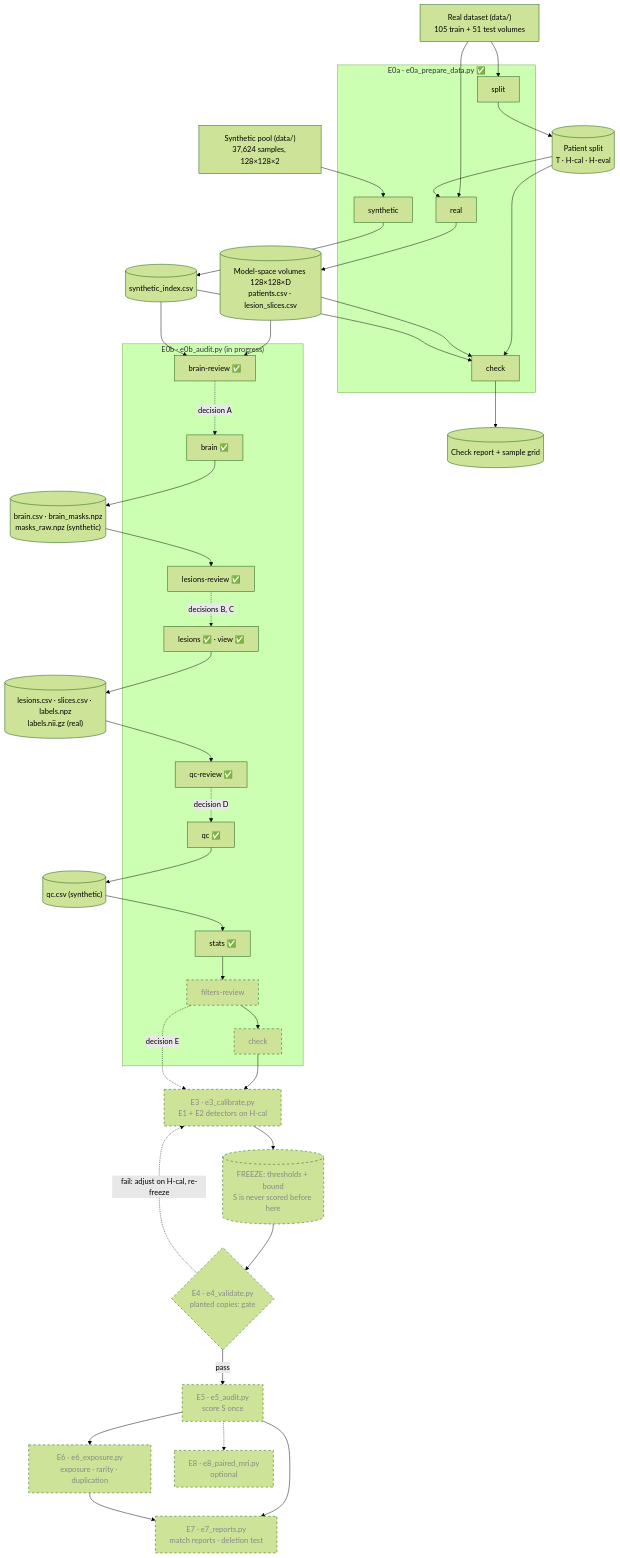
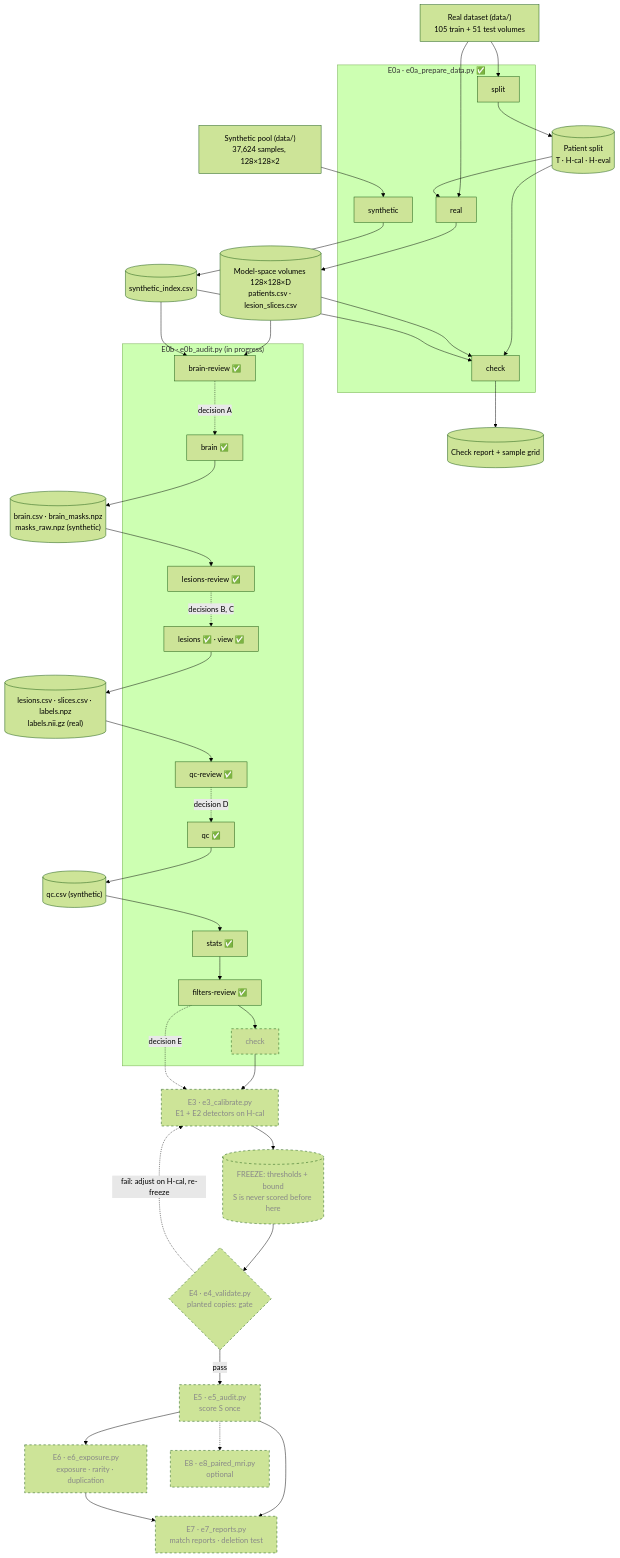
The first of 2 diagrams in docs/architecture.md (mattia3003/MT_project), drawn with Mermaid (forest theme) before and after one commit. The commit also changed other lines of this file and 11 other files, not shown here.

````diff
--- a/docs/architecture.md
+++ b/docs/architecture.md
@@ -24,63 +24,63 @@
 ```mermaid
 flowchart TD
     RAW["Real dataset (data/)<br/>105 train + 51 test volumes"]
     POOL["Synthetic pool (data/)<br/>37,624 samples, 128×128×2"]
 
     subgraph E0A["E0a · e0a_prepare_data.py ✅"]
         SPLIT["split"]
         REAL["real"]
         SYN["synthetic"]
         CHECK["check"]
     end
 
     SPLITCSV[("Patient split<br/>T · H-cal · H-eval")]
     VOLS[("Model-space volumes 128×128×D<br/>patients.csv · lesion_slices.csv")]
     INDEX[("synthetic_index.csv")]
     REPORT[("Check report + sample grid")]
 
     RAW --> SPLIT --> SPLITCSV
     RAW --> REAL
     SPLITCSV --> REAL --> VOLS
     POOL --> SYN --> INDEX
     SPLITCSV & VOLS & INDEX --> CHECK --> REPORT
 
     subgraph E0B["E0b · e0b_audit.py (in progress)"]
         BREV["brain-review ✅"]
         BRAIN["brain ✅"]
         LREV["lesions-review ✅"]
         LES["lesions ✅ · view ✅"]
         QREV["qc-review ✅"]
         QC["qc ✅"]
         STATS["stats ✅"]
-        FREV["filters-review"]:::planned
+        FREV["filters-review ✅"]
         ECHECK["check"]:::planned
     end
     BREV -.->|"decision A"| BRAIN
     BRAINOUT[("brain.csv · brain_masks.npz<br/>masks_raw.npz (synthetic)")]
     BRAIN --> BRAINOUT --> LREV
     LREV -.->|"decisions B, C"| LES
     LESOUT[("lesions.csv · slices.csv · labels.npz<br/>labels.nii.gz (real)")]
     LES --> LESOUT --> QREV
     QREV -.->|"decision D"| QC
     QCOUT[("qc.csv (synthetic)")]
     QC --> QCOUT --> STATS --> FREV --> ECHECK
 
     E3["E3 · e3_calibrate.py<br/>E1 + E2 detectors on H-cal"]:::planned
     FROZEN[("FREEZE: thresholds + bound<br/>S is never scored before here")]:::planned
     E4{"E4 · e4_validate.py<br/>planted copies: gate"}:::planned
     E5["E5 · e5_audit.py<br/>score S once"]:::planned
     E6["E6 · e6_exposure.py<br/>exposure · rarity · duplication"]:::planned
     E7["E7 · e7_reports.py<br/>match reports · deletion test"]:::planned
     E8["E8 · e8_paired_mri.py<br/>optional"]:::planned
 
     VOLS & INDEX --> BREV
     ECHECK --> E3 --> FROZEN --> E4
     FREV -.->|"decision E"| E3
     E4 -->|pass| E5
     E4 -.->|"fail: adjust on H-cal, re-freeze"| E3
     E5 --> E6 & E7
     E6 --> E7
     E5 -.-> E8
 
     classDef planned stroke-dasharray: 5 5,color:#888
 ```
````
